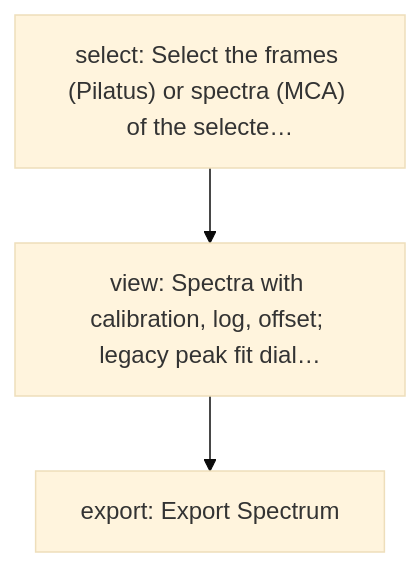
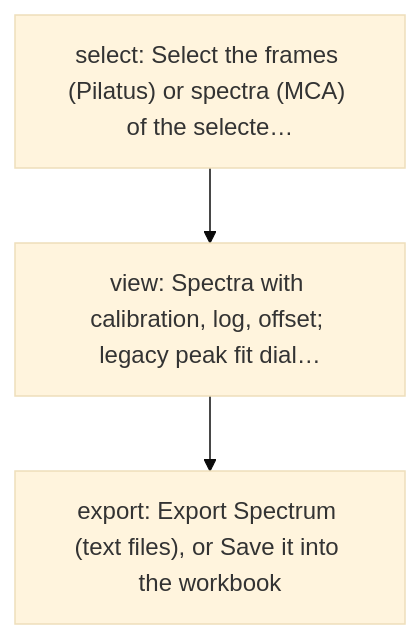
One commit to Dave-J-W/LSS_Reader2 changed diagram 12 of 14 in docs/gui/workflows.md. Above: the diagram before and after it, drawn with Mermaid (base theme). The commit also changed other lines of this file and 75 other files, not shown here.

````diff
--- a/docs/gui/workflows.md
+++ b/docs/gui/workflows.md
@@ -594,9 +594,9 @@
 ```mermaid
 flowchart TD
     mca_select["select: Select the frames (Pilatus) or spectra (MCA) of the selecte…"]
     mca_view["view: Spectra with calibration, log, offset; legacy peak fit dial…"]
-    mca_export["export: Export Spectrum"]
+    mca_export["export: Export Spectrum (text files), or Save it into the workbook"]
     mca_select --> mca_view
     mca_view --> mca_export
     classDef auto fill:#e6f4ea,stroke:#4a8;
 ```
````
